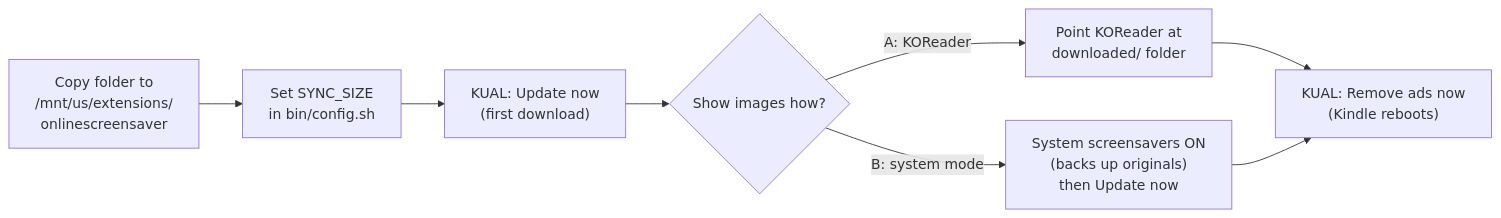
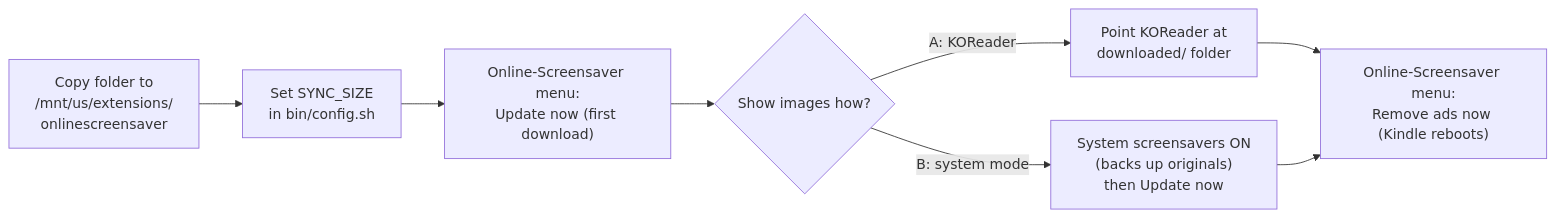
One commit to GalaxyGroot/konline_screensaver changed the first of 2 diagrams in README.md. Above: the diagram before and after it, drawn with Mermaid. The commit also changed other lines of this file, not shown here.

Commit message:
README: label diagram boxes as Online-Screensaver menu

````diff
--- a/README.md
+++ b/README.md
@@ -15,10 +15,10 @@
 ```mermaid
 flowchart LR
     S1["Copy folder to<br/>/mnt/us/extensions/<br/>onlinescreensaver"] --> S2["Set SYNC_SIZE<br/>in bin/config.sh"]
-    S2 --> S3["KUAL: Update now<br/>(first download)"]
+    S2 --> S3["Online-Screensaver menu:<br/>Update now (first download)"]
     S3 --> S4{"Show images how?"}
     S4 -- "A: KOReader" --> S5["Point KOReader at<br/>downloaded/ folder"]
     S4 -- "B: system mode" --> S6["System screensavers ON<br/>(backs up originals)<br/>then Update now"]
-    S5 --> S7["KUAL: Remove ads now<br/>(Kindle reboots)"]
+    S5 --> S7["Online-Screensaver menu:<br/>Remove ads now (Kindle reboots)"]
     S6 --> S7
 ```
````
